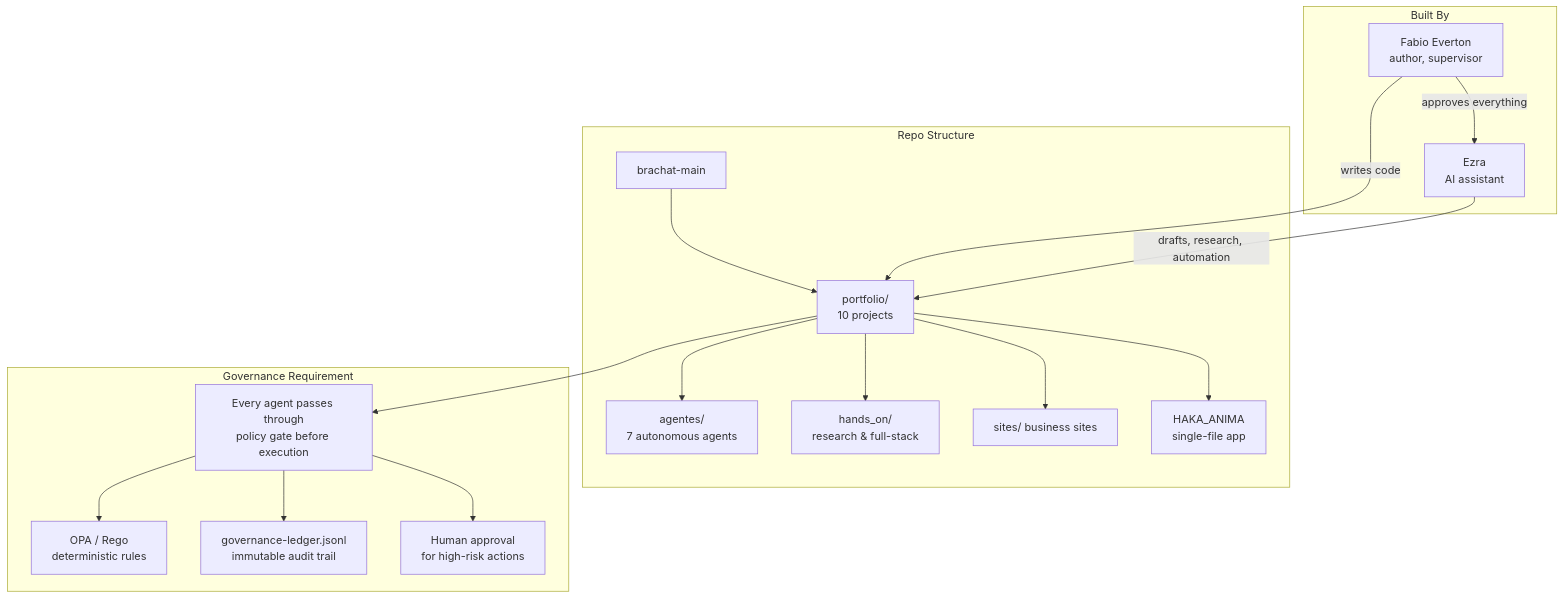
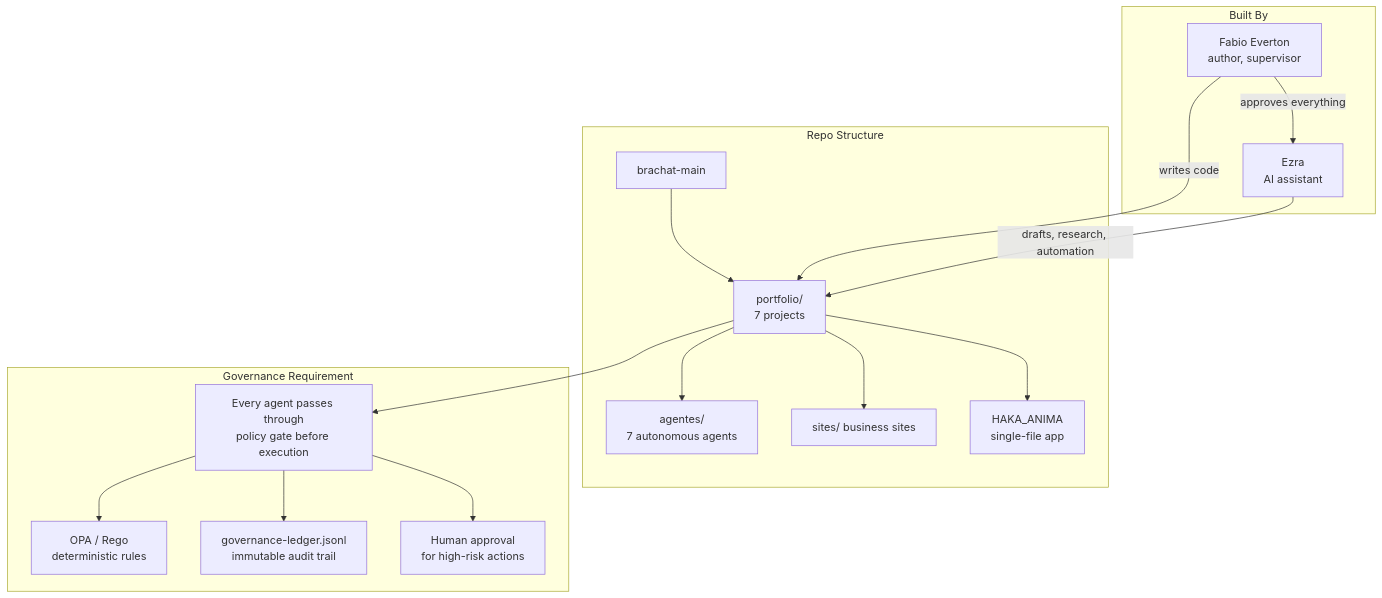
Before and after one commit to FABIOEVERTON/BRACHAT-MAIN: the first of 4 diagrams in README.md, drawn with Mermaid. The commit also changed other lines of this file and 128 other files, not shown here.

First line of the commit message:
chore: portfolio purificado - hands_on para fabio_studies, configs órfãos removidos

````diff
--- a/README.md
+++ b/README.md
@@ -9,23 +9,22 @@
 ```mermaid
 graph TD
-    subgraph "Repo Structure"
-        ROOT[brachat-main] --> PORT[portfolio/<br/>10 projects]
+subgraph "Repo Structure"
+        ROOT[brachat-main] --> PORT[portfolio/<br/>7 projects]
         PORT --> A[agentes/<br/>7 autonomous agents]
-        PORT --> H[hands_on/<br/>research & full-stack]
         PORT --> S[sites/ business sites]
         PORT --> K[HAKA_ANIMA<br/>single-file app]
-end
+    end
 
     subgraph "Governance Requirement"
         PORT --> GW[Every agent passes through<br/>policy gate before execution]
         GW --> POL[OPA / Rego<br/>deterministic rules]
         GW --> AU[governance-ledger.jsonl<br/>immutable audit trail]
         GW --> HITL[Human approval<br/>for high-risk actions]
     end
 
     subgraph "Built By"
         F[Fabio Everton<br/>author, supervisor] -->|writes code| PORT
         EZ[Ezra<br/>AI assistant] -->|drafts, research, automation| PORT
         F -->|approves everything| EZ
     end
 ```
````
